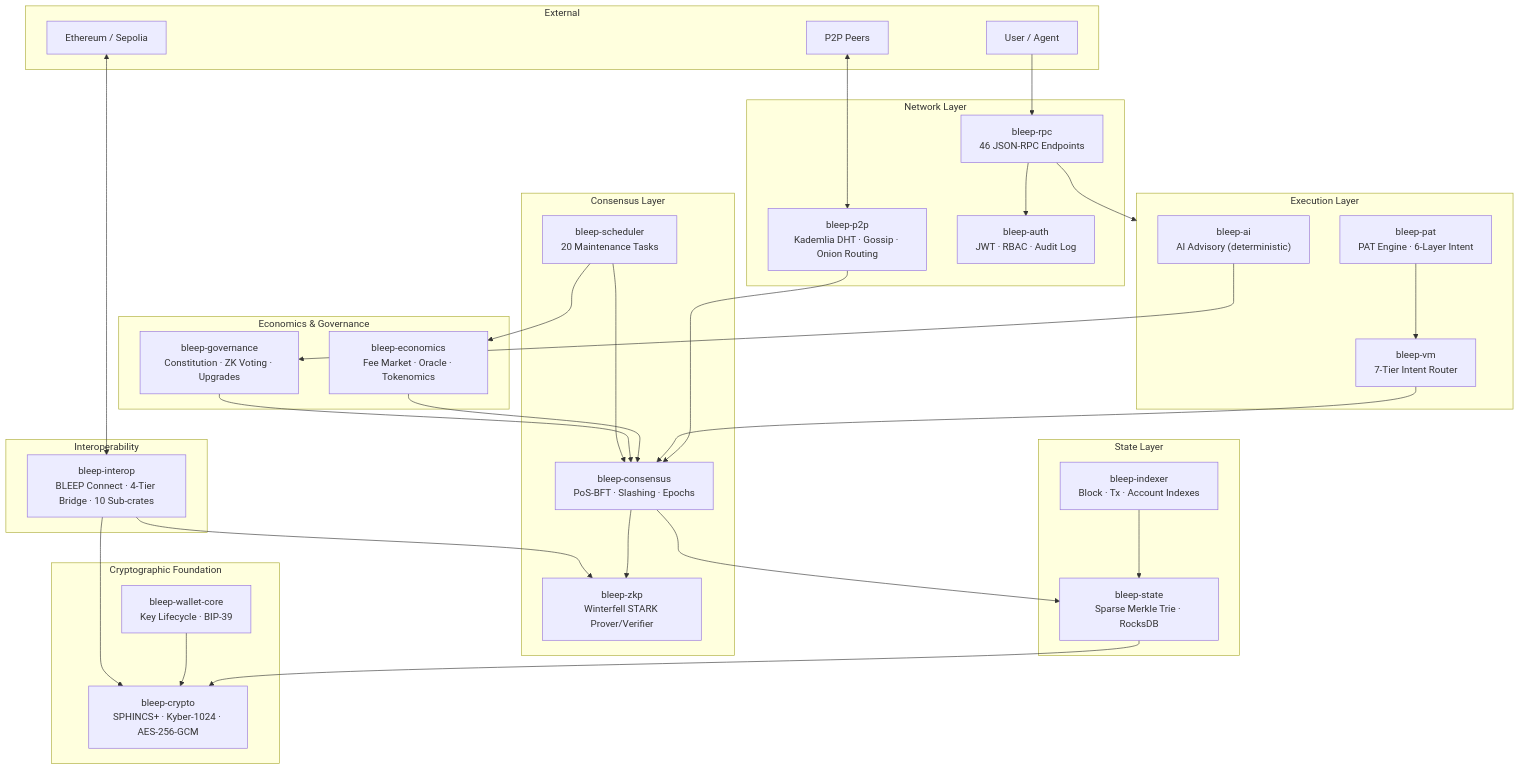
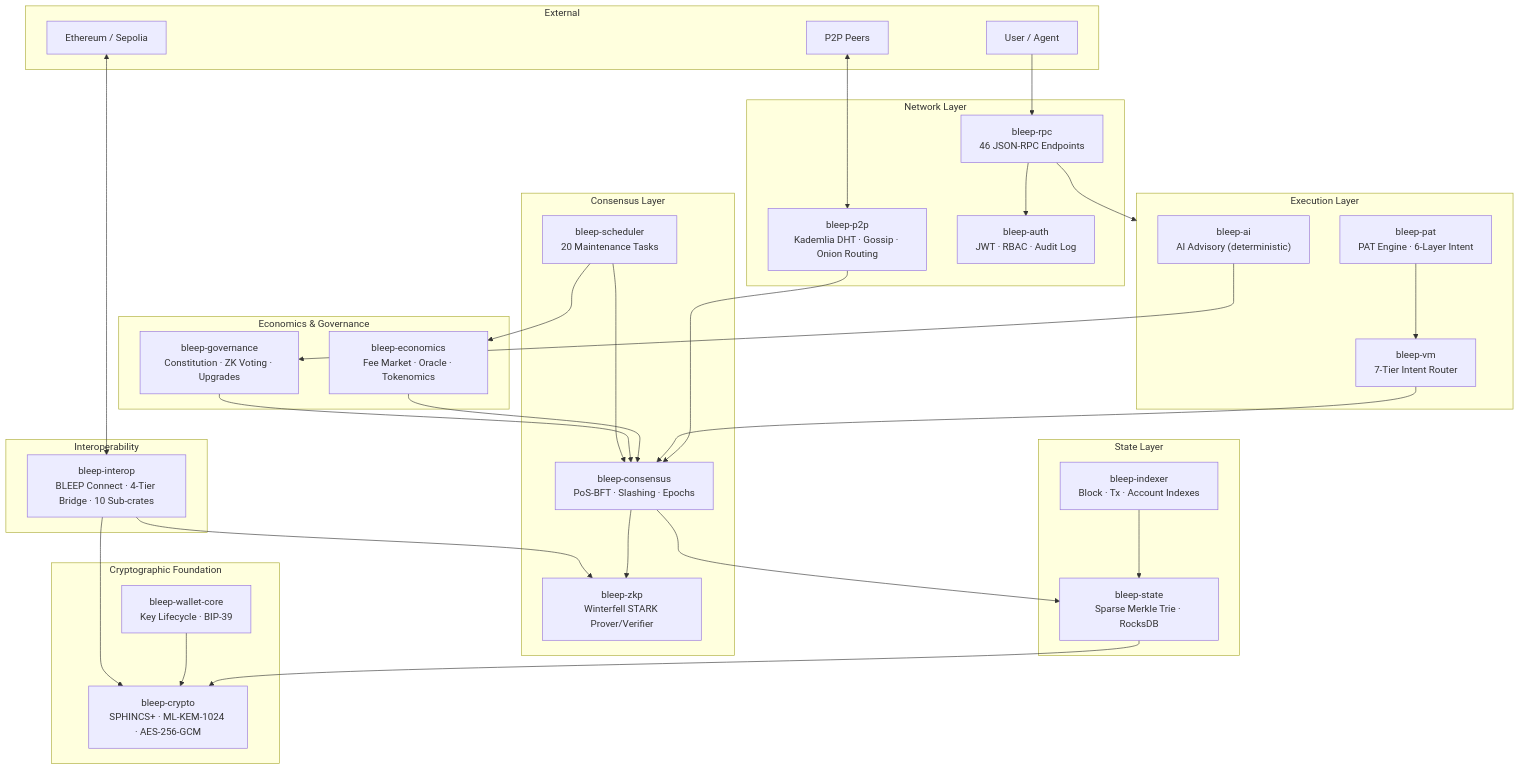
The first of 7 diagrams in README.md (BleepEcosystem/BLEEP-v1), drawn with Mermaid before and after one commit. The commit also changed other lines of this file and 38 other files, not shown here.

````diff
--- a/README.md
+++ b/README.md
@@ -166,67 +166,67 @@
 ```mermaid
 graph TB
     subgraph EXT["External"]
         USER["User / Agent"]
         PEER["P2P Peers"]
         ETH["Ethereum / Sepolia"]
     end
 
     subgraph NET["Network Layer"]
         P2P["bleep-p2p\nKademlia DHT · Gossip · Onion Routing"]
         RPC["bleep-rpc\n46 JSON-RPC Endpoints"]
         AUTH["bleep-auth\nJWT · RBAC · Audit Log"]
     end
 
     subgraph EXEC["Execution Layer"]
         PAT["bleep-pat\nPAT Engine · 6-Layer Intent"]
         VM["bleep-vm\n7-Tier Intent Router"]
         AI["bleep-ai\nAI Advisory (deterministic)"]
     end
 
     subgraph CONSENSUS["Consensus Layer"]
         CON["bleep-consensus\nPoS-BFT · Slashing · Epochs"]
         ZKP["bleep-zkp\nWinterfell STARK Prover/Verifier"]
         SCHED["bleep-scheduler\n20 Maintenance Tasks"]
     end
 
     subgraph STATE["State Layer"]
         ST["bleep-state\nSparse Merkle Trie · RocksDB"]
         IDX["bleep-indexer\nBlock · Tx · Account Indexes"]
     end
 
     subgraph CRYPTO["Cryptographic Foundation"]
-        CRY["bleep-crypto\nSPHINCS+ · Kyber-1024 · AES-256-GCM"]
+        CRY["bleep-crypto\nSPHINCS+ · ML-KEM-1024 · AES-256-GCM"]
         WALLET["bleep-wallet-core\nKey Lifecycle · BIP-39"]
     end
 
     subgraph ECON["Economics & Governance"]
         ECO["bleep-economics\nFee Market · Oracle · Tokenomics"]
         GOV["bleep-governance\nConstitution · ZK Voting · Upgrades"]
     end
 
     subgraph INTEROP["Interoperability"]
         BC["bleep-interop\nBLEEP Connect · 4-Tier Bridge · 10 Sub-crates"]
     end
 
     USER --> RPC
     PEER <--> P2P
     ETH <--> BC
 
     RPC --> EXEC
     RPC --> AUTH
     P2P --> CON
     PAT --> VM
     VM --> CON
     AI --> GOV
     CON --> ZKP
     CON --> ST
     ST --> CRY
     WALLET --> CRY
     ECO --> CON
     GOV --> CON
     BC --> ZKP
     BC --> CRY
     SCHED --> CON
     SCHED --> ECO
     IDX --> ST
 ```
````
